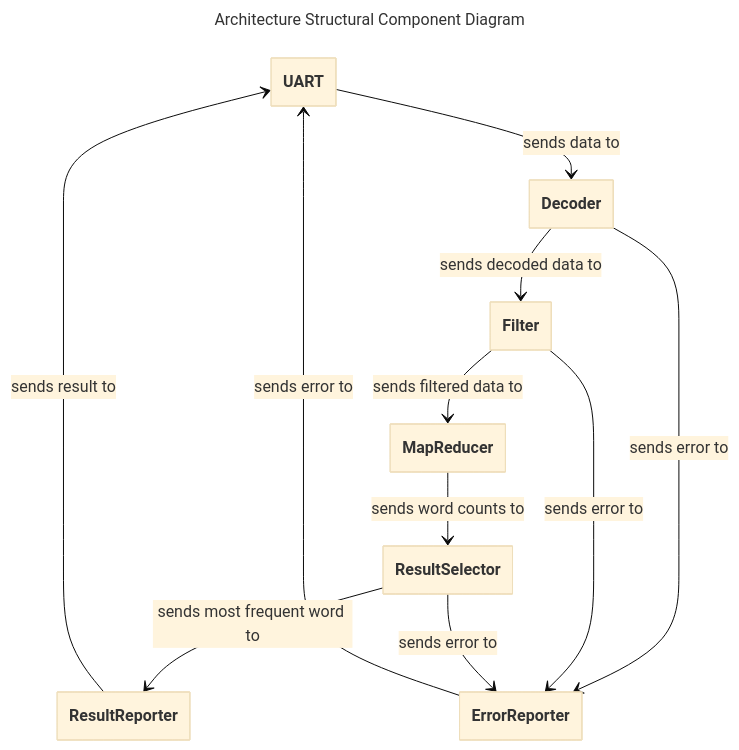
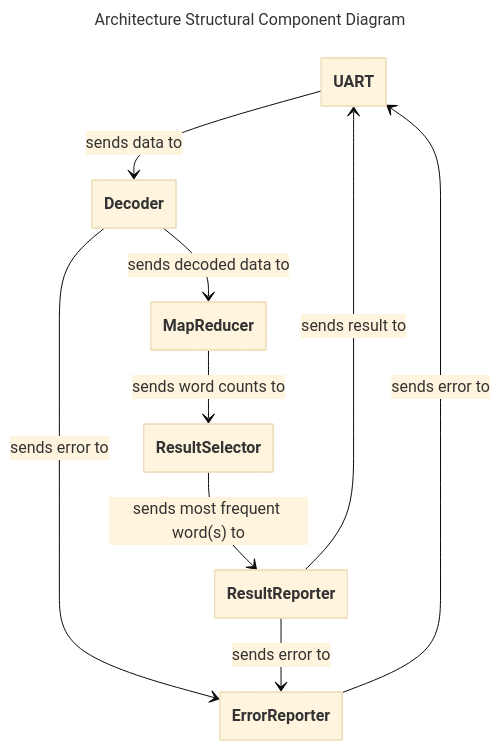
Before and after one commit to Junale/erts-a1: the second of 7 diagrams in exam-project/mermaid -diagrams.md, drawn with Mermaid (base theme). The commit also changed other lines of this file, not shown here.

Commit message:
refactor diagrams: clean up relationships and remove unnecessary components; add asynchronous and synchronous design class diagrams

````diff
--- a/exam-project/mermaid -diagrams.md
+++ b/exam-project/mermaid -diagrams.md
@@ -28,29 +28,26 @@
 ```mermaid
 ---
     title: Architecture Structural Component Diagram
     config:
         class:
             hideEmptyMembersBox: true
 ---
 classDiagram
     class UART
     class Decoder
-    class Filter
     class MapReducer
     class ResultSelector
     class ResultReporter
     class ErrorReporter
 
     UART --> Decoder : sends data to
-    Decoder --> Filter : sends decoded data to
-    Filter --> MapReducer : sends filtered data to
+    Decoder --> MapReducer : sends decoded data to
     MapReducer --> ResultSelector : sends word counts to
-    ResultSelector --> ResultReporter : sends most frequent word to
+    ResultSelector --> ResultReporter : sends most frequent word(s) to
     ResultReporter --> UART : sends result to
     ErrorReporter --> UART : sends error to
 
     Decoder --> ErrorReporter : sends error to
-    Filter --> ErrorReporter : sends error to
-    ResultSelector --> ErrorReporter : sends error to
+    ResultReporter --> ErrorReporter : sends error to
 
 ```
````
